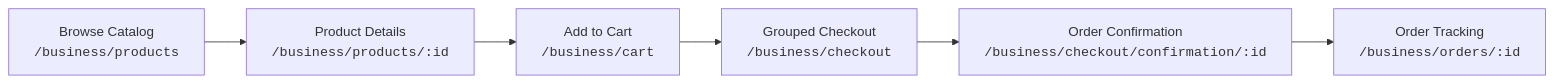
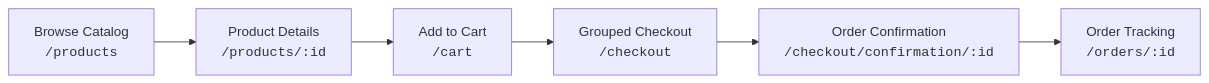
Before and after one commit to xalhexi-sch/uma-market: the first of 4 diagrams in README.md, drawn with Mermaid. The commit also changed other lines of this file and 20 other files, not shown here.

````diff
--- a/README.md
+++ b/README.md
@@ -146,8 +146,8 @@
 ```mermaid
 flowchart LR
-    A[Browse Catalog<br/><code>/business/products</code>] --> B[Product Details<br/><code>/business/products/:id</code>]
-    B --> C[Add to Cart<br/><code>/business/cart</code>]
-    C --> D[Grouped Checkout<br/><code>/business/checkout</code>]
-    D --> E[Order Confirmation<br/><code>/business/checkout/confirmation/:id</code>]
-    E --> F[Order Tracking<br/><code>/business/orders/:id</code>]
+    A[Browse Catalog<br/><code>/products</code>] --> B[Product Details<br/><code>/products/:id</code>]
+    B --> C[Add to Cart<br/><code>/cart</code>]
+    C --> D[Grouped Checkout<br/><code>/checkout</code>]
+    D --> E[Order Confirmation<br/><code>/checkout/confirmation/:id</code>]
+    E --> F[Order Tracking<br/><code>/orders/:id</code>]
 ```
````
